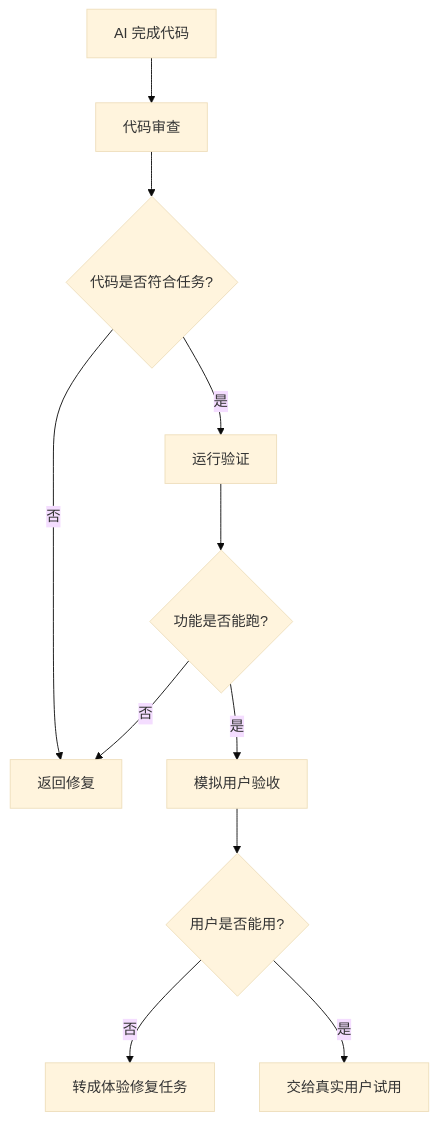
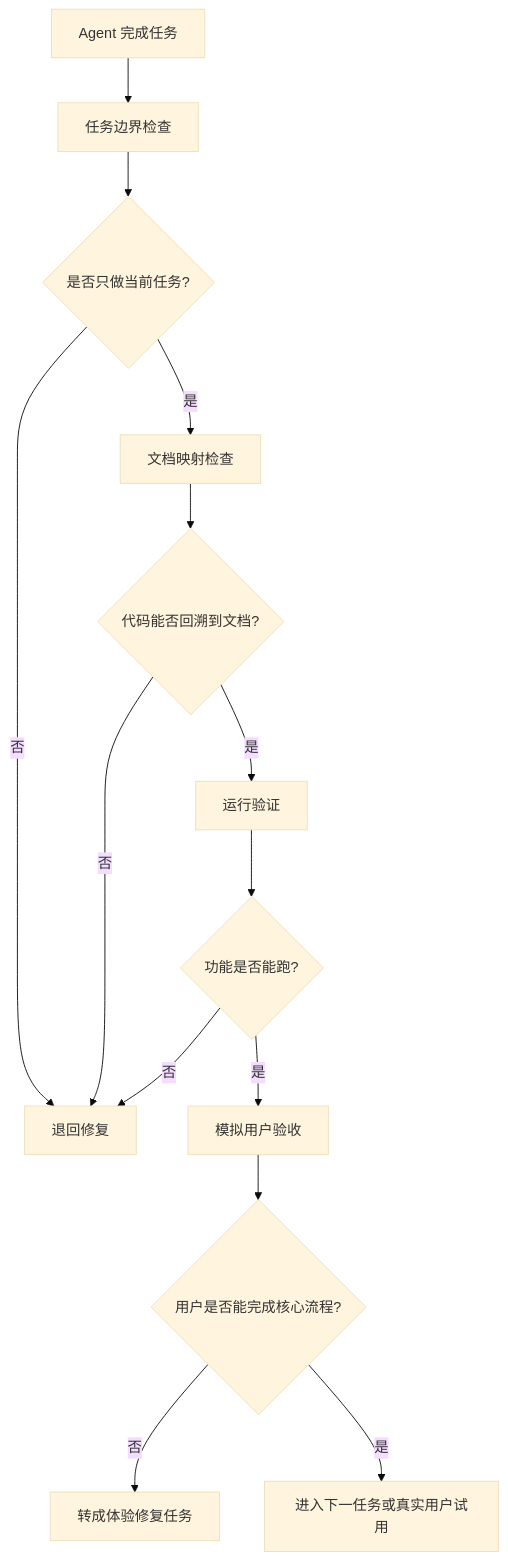
One commit to zhidao-studio/ai-product-engineering-in-action changed the diagram in docs/02_lessons/visual/lesson-06-visual-review-and-human-acceptance.md. Above: the diagram before and after it, drawn with Mermaid (base theme). The commit also changed other lines of this file, not shown here.

````diff
--- a/docs/02_lessons/visual/lesson-06-visual-review-and-human-acceptance.md
+++ b/docs/02_lessons/visual/lesson-06-visual-review-and-human-acceptance.md
@@ -24,13 +26,16 @@
 ```mermaid
 flowchart TD
-    A[AI 完成代码] --> B[代码审查]
-    B --> C{代码是否符合任务?}
-    C -- 否 --> D[返回修复]
-    C -- 是 --> E[运行验证]
-    E --> F{功能是否能跑?}
+    A[Agent 完成任务] --> B[任务边界检查]
+    B --> C{是否只做当前任务?}
+    C -- 否 --> D[退回修复]
+    C -- 是 --> E[文档映射检查]
+    E --> F{代码能否回溯到文档?}
     F -- 否 --> D
-    F -- 是 --> G[模拟用户验收]
-    G --> H{用户是否能用?}
-    H -- 否 --> I[转成体验修复任务]
-    H -- 是 --> J[交给真实用户试用]
+    F -- 是 --> G[运行验证]
+    G --> H{功能是否能跑?}
+    H -- 否 --> D
+    H -- 是 --> I[模拟用户验收]
+    I --> J{用户是否能完成核心流程?}
+    J -- 否 --> K[转成体验修复任务]
+    J -- 是 --> L[进入下一任务或真实用户试用]
 ```
````
